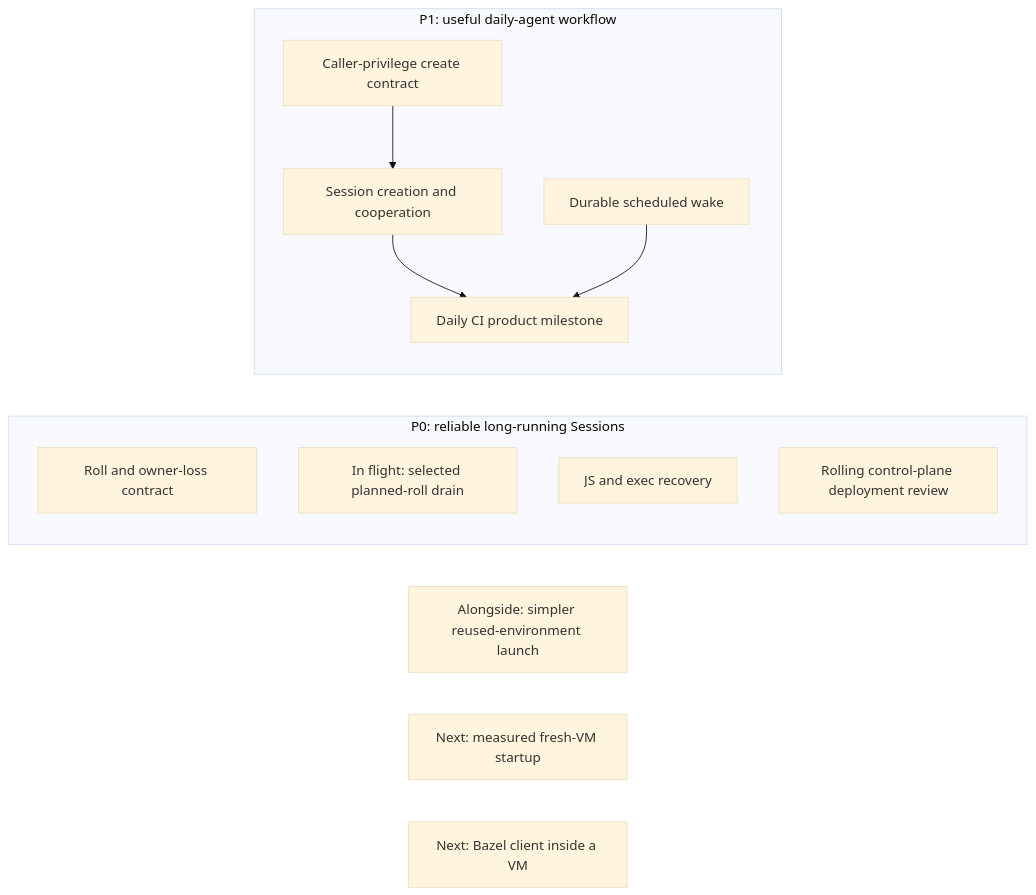
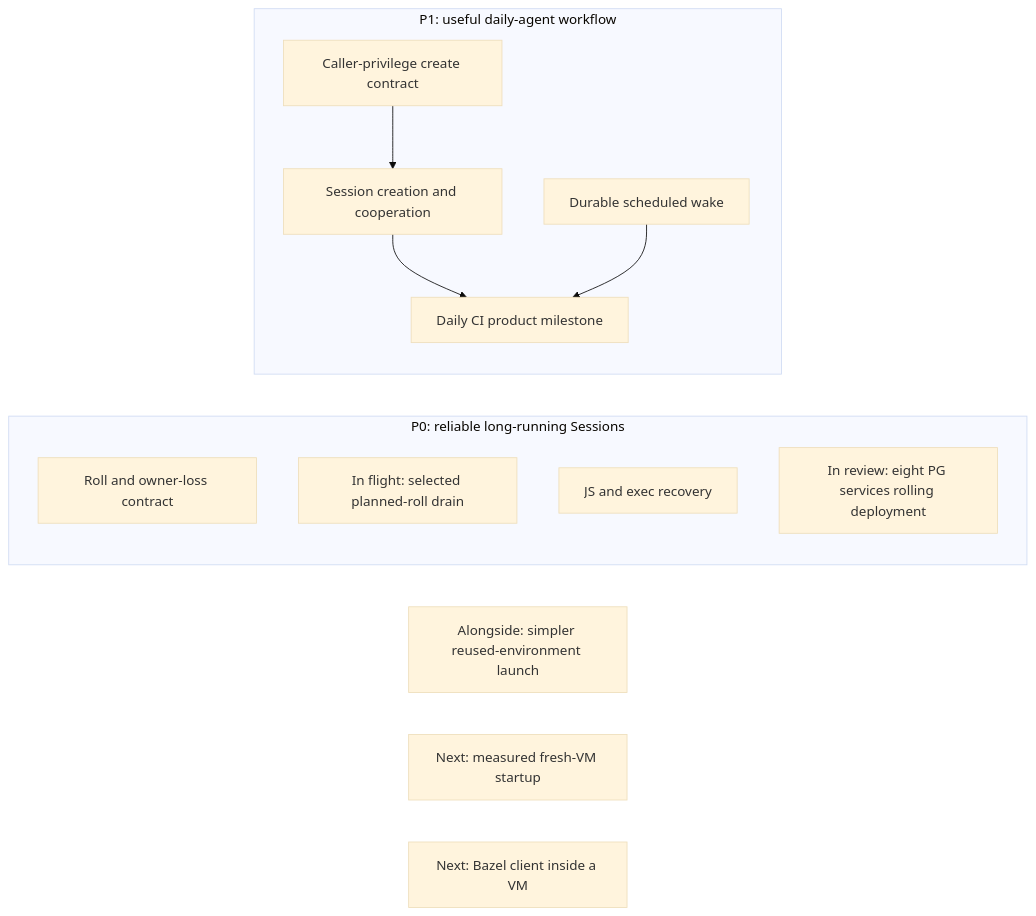
Before and after one commit to agentydragon/ducktape: the first of 18 diagrams in agentplane/plans/task_dag.md, drawn with Mermaid (base theme). The commit also changed other lines of this file and 12 other files, not shown here.

````diff
--- a/agentplane/plans/task_dag.md
+++ b/agentplane/plans/task_dag.md
@@ -144,17 +144,17 @@
 ```mermaid
 flowchart LR
     subgraph PRIORITY_ZERO[P0: reliable long-running Sessions]
         CENTRAL_SAMPLER_REPLICA_ROLLOUT[Roll and owner-loss contract]
         CENTRAL_SAMPLER_PLANNED_DRAIN[In flight: selected planned-roll drain]
         CENTRAL_SAMPLER_TOOL_RECOVERY[JS and exec recovery]
-        CONTROL_PLANE_ROLLING_SERVICES[Rolling control-plane deployment review]
+        CONTROL_PLANE_ROLLING_SERVICES[In review: eight PG services rolling deployment]
     end
     subgraph PRIORITY_ONE[P1: useful daily-agent workflow]
         THREAD_CREATE_POLICY[Caller-privilege create contract] --> THREAD_CREATE_AUTHORIZATION[Session creation and cooperation]
         THREAD_CREATE_AUTHORIZATION --> DAILY_CI_AGENT[Daily CI product milestone]
         SCHEDULED_AGENT_WAKE[Durable scheduled wake] --> DAILY_CI_AGENT
     end
     SESSION_LAUNCH_FRICTION[Alongside: simpler reused-environment launch]
     VM_STARTUP_LATENCY[Next: measured fresh-VM startup]
     LOCAL_BAZEL[Next: Bazel client inside a VM]
 ```
````
